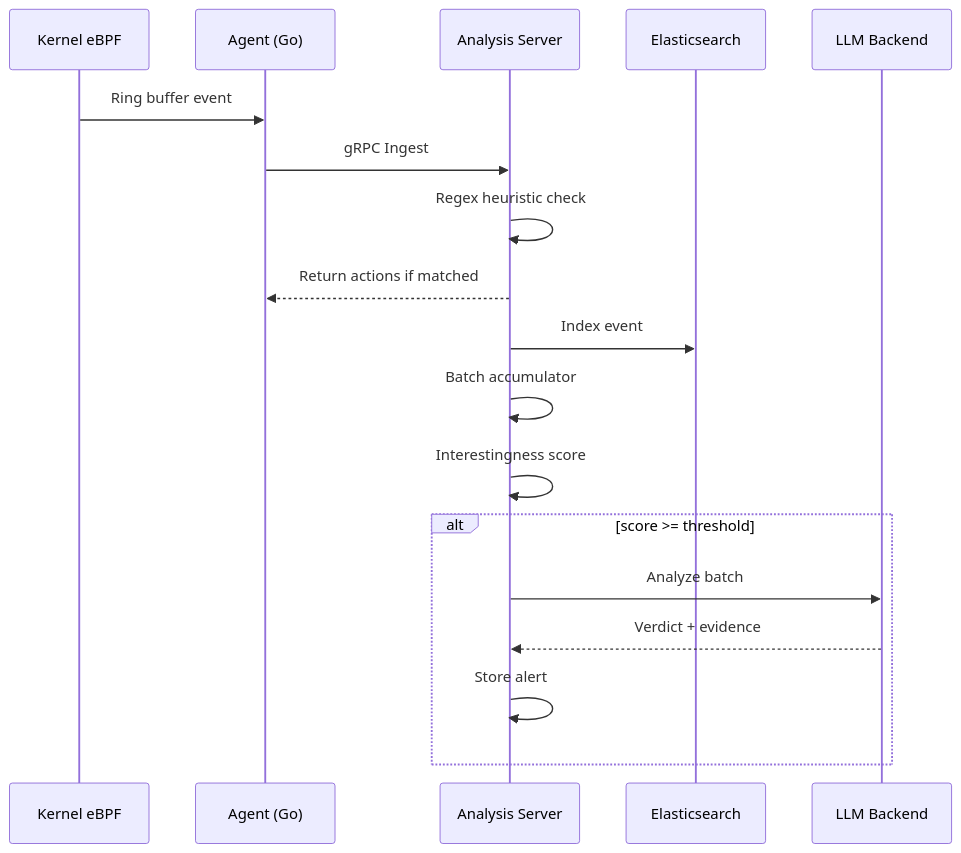
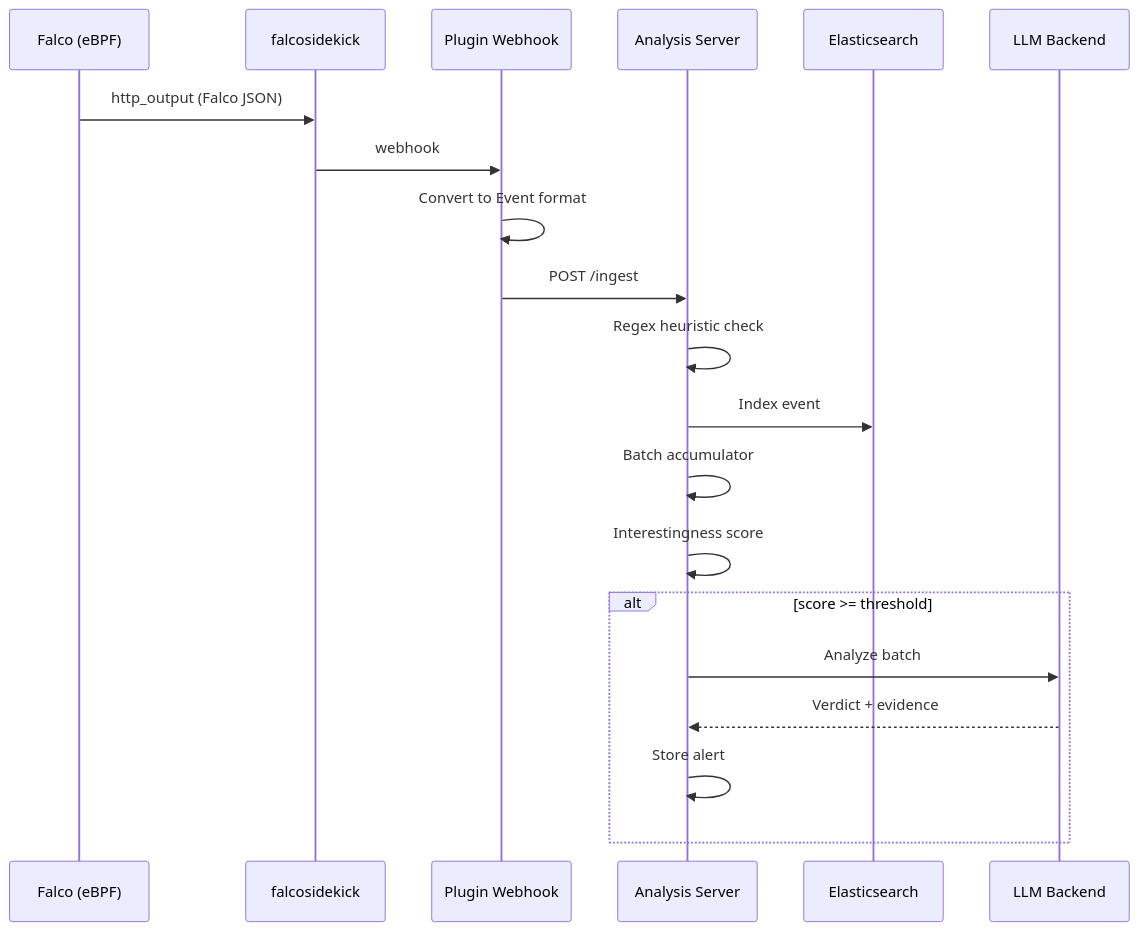
The third of 3 diagrams in README.md (fr4nsyz/KernelHarbor), drawn with Mermaid before and after one commit. The commit also changed other lines of this file and 28 other files, not shown here.

Commit message:
fix dashboard bugs + reduce friction to first time installation + integrate falco & falcosidekick with kernelharbor brain

````diff
--- a/README.md
+++ b/README.md
@@ -79,21 +74,23 @@
 ```mermaid
 sequenceDiagram
-    participant K as Kernel eBPF
-    participant A as Agent (Go)
+    participant F as Falco (eBPF)
+    participant FS2 as falcosidekick
+    participant K as Plugin Webhook
     participant S as Analysis Server
     participant ES as Elasticsearch
     participant LLM as LLM Backend
 
-    K->>A: Ring buffer event
-    A->>S: gRPC Ingest
+    F->>FS2: http_output (Falco JSON)
+    FS2->>K: webhook
+    K->>K: Convert to Event format
+    K->>S: POST /ingest
     S->>S: Regex heuristic check
-    S-->>A: Return actions if matched
     S->>ES: Index event
     S->>S: Batch accumulator
     S->>S: Interestingness score
     alt score >= threshold
         S->>LLM: Analyze batch
         LLM-->>S: Verdict + evidence
         S->>S: Store alert
     end
 ```
````
